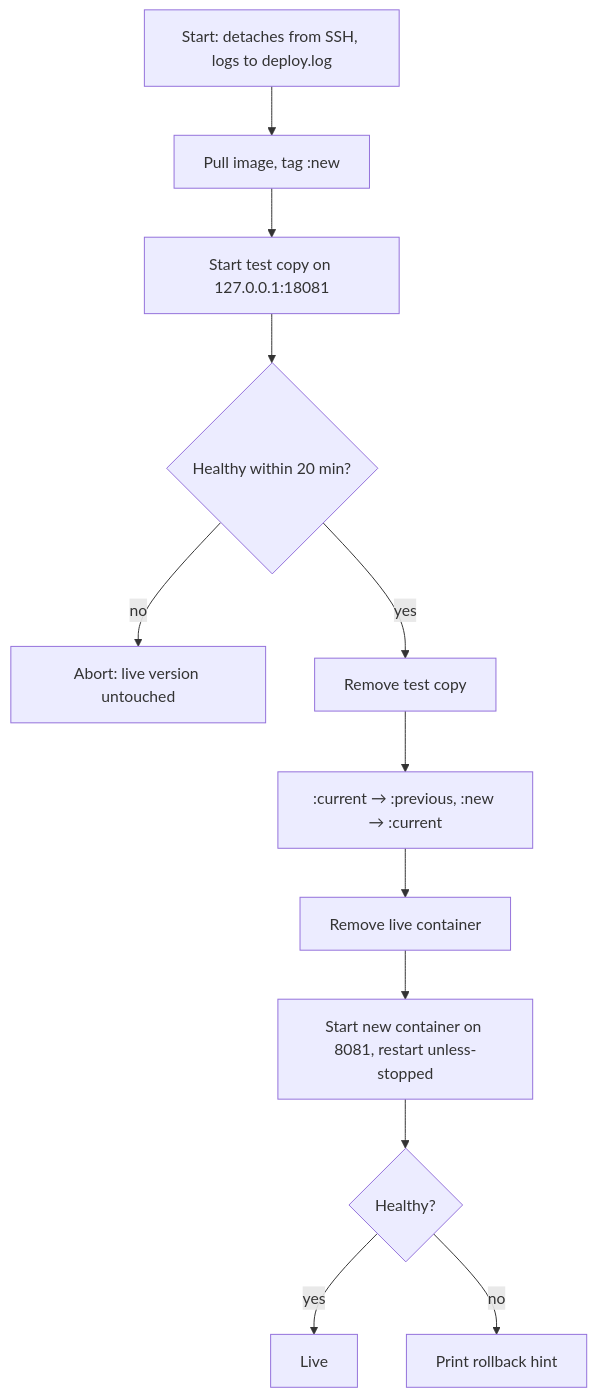
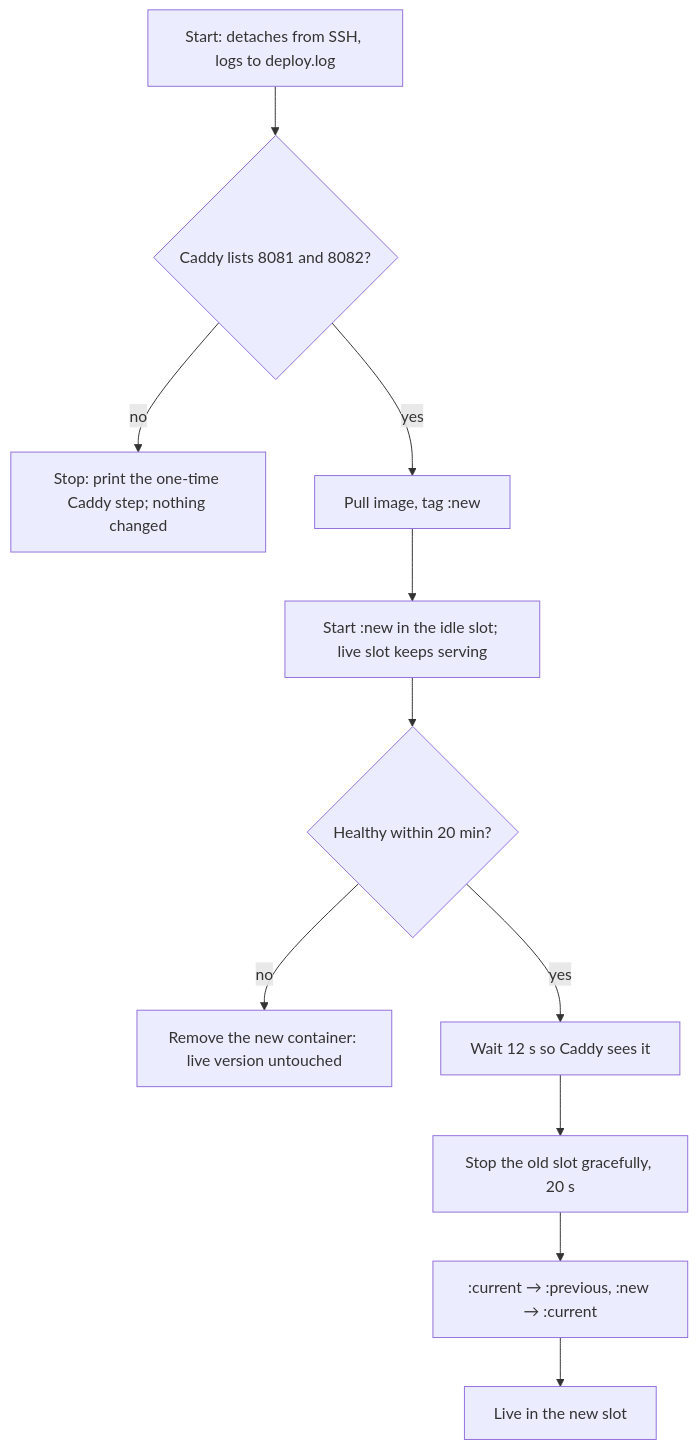
One commit to MugundhanG/mcreatik-instant-memories changed the second of 2 diagrams in backend/src/main/resources/docs/deployment.md. Above: the diagram before and after it, drawn with Mermaid. The commit also changed other lines of this file and 24 other files, not shown here.

````diff
--- a/backend/src/main/resources/docs/deployment.md
+++ b/backend/src/main/resources/docs/deployment.md
@@ -53,14 +59,13 @@
 ```mermaid
 flowchart TB
-  A[Start: detaches from SSH, logs to deploy.log] --> B[Pull image, tag :new]
-  B --> C[Start test copy on 127.0.0.1:18081]
+  A[Start: detaches from SSH, logs to deploy.log] --> K{Caddy lists 8081 and 8082?}
+  K -->|no| KX[Stop: print the one-time Caddy step; nothing changed]
+  K -->|yes| B[Pull image, tag :new]
+  B --> C[Start :new in the idle slot; live slot keeps serving]
   C --> D{Healthy within 20 min?}
-  D -->|no| X[Abort: live version untouched]
-  D -->|yes| E[Remove test copy]
-  E --> F[":current → :previous, :new → :current"]
-  F --> G[Remove live container]
-  G --> H[Start new container on 8081, restart unless-stopped]
-  H --> I{Healthy?}
-  I -->|yes| OK[Live]
-  I -->|no| RB[Print rollback hint]
+  D -->|no| X[Remove the new container: live version untouched]
+  D -->|yes| E[Wait 12 s so Caddy sees it]
+  E --> F[Stop the old slot gracefully, 20 s]
+  F --> G[":current → :previous, :new → :current"]
+  G --> OK[Live in the new slot]
 ```
````
